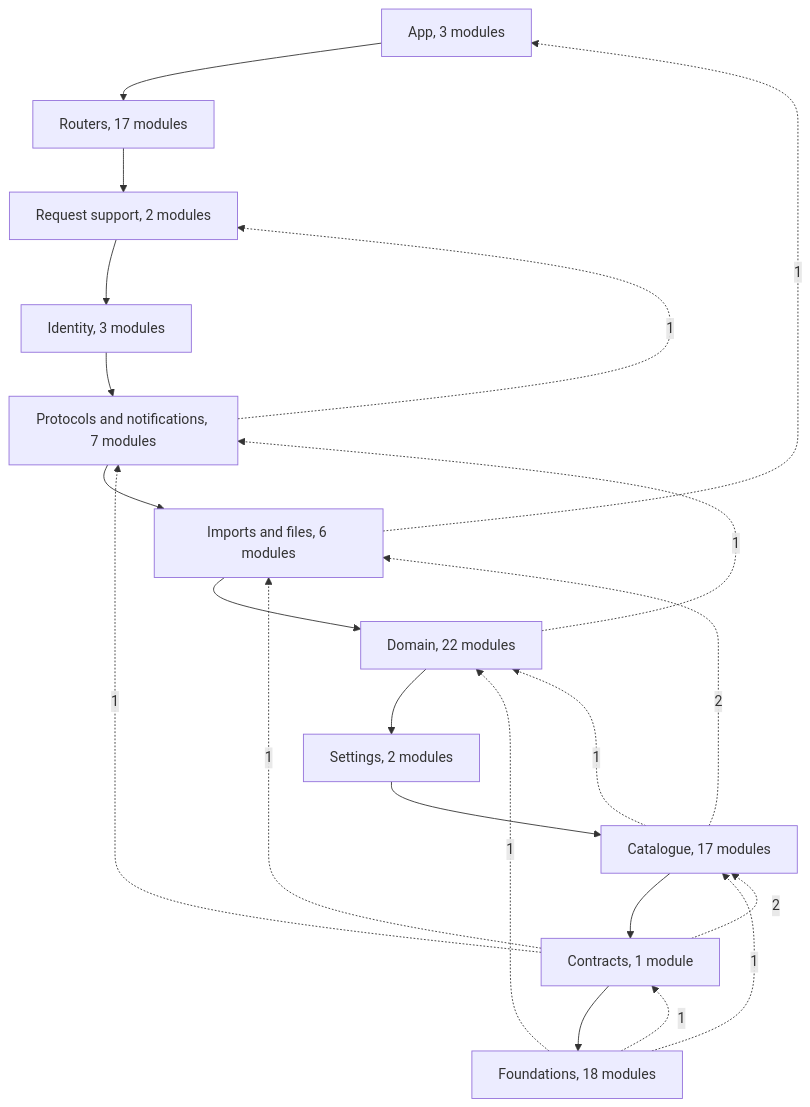
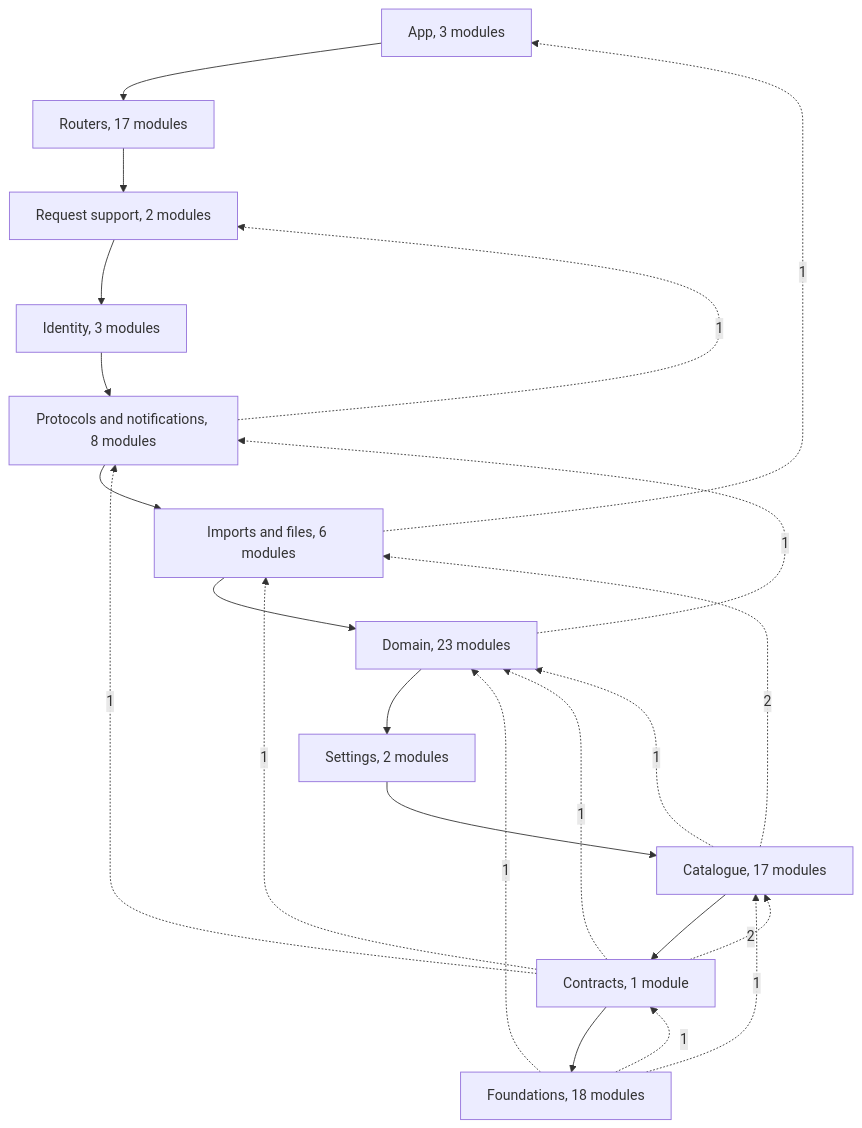
One commit to f-klement/endpaper changed the fourth of 10 diagrams in docs/architecture.md. Above: the diagram before and after it, drawn with Mermaid. The commit also changed other lines of this file and 105 other files, not shown here.

````diff
--- a/docs/architecture.md
+++ b/docs/architecture.md
@@ -310,35 +311,36 @@
 ```mermaid
 flowchart TB
   app["App, 3 modules"]
   routers["Routers, 17 modules"]
   request["Request support, 2 modules"]
   identity["Identity, 3 modules"]
-  protocols["Protocols and notifications, 7 modules"]
+  protocols["Protocols and notifications, 8 modules"]
   files["Imports and files, 6 modules"]
-  domain["Domain, 22 modules"]
+  domain["Domain, 23 modules"]
   settings["Settings, 2 modules"]
   catalogue["Catalogue, 17 modules"]
   contracts["Contracts, 1 module"]
   foundations["Foundations, 18 modules"]
   app --> routers
   routers --> request
   request --> identity
   identity --> protocols
   protocols --> files
   files --> domain
   domain --> settings
   settings --> catalogue
   catalogue --> contracts
   contracts --> foundations
   protocols -.->|"1"| request
   files -.->|"1"| app
   domain -.->|"1"| protocols
   catalogue -.->|"2"| files
   catalogue -.->|"1"| domain
   contracts -.->|"1"| protocols
   contracts -.->|"1"| files
+  contracts -.->|"1"| domain
   contracts -.->|"2"| catalogue
   foundations -.->|"1"| domain
   foundations -.->|"1"| catalogue
   foundations -.->|"1"| contracts
 ```
````
